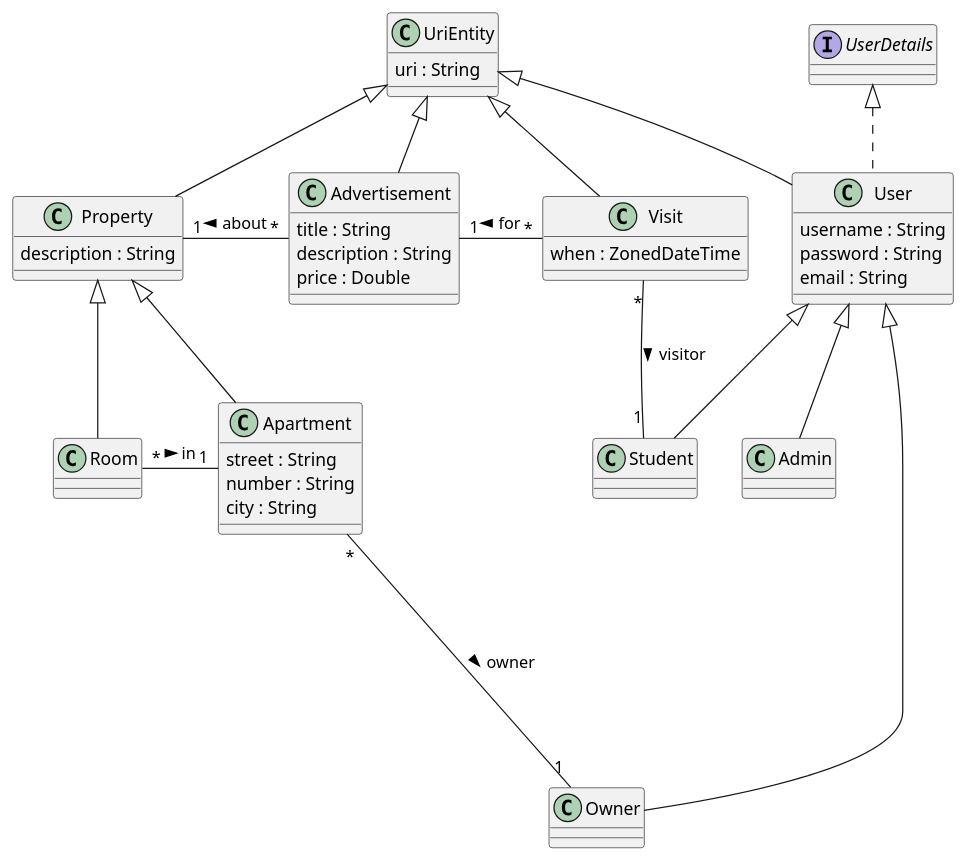
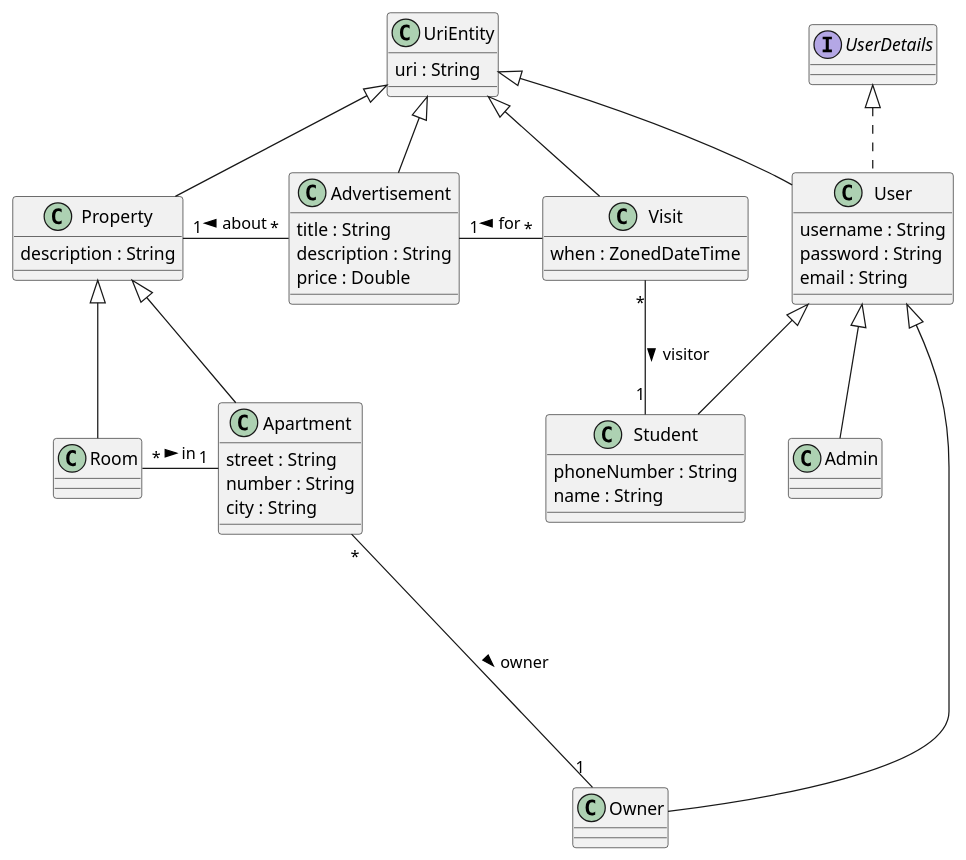
Before and after one commit to UdL-EPS-SoftArch/myapartments-api: the diagram in EntitiesModel.puml, drawn with PlantUML.

Commit message:
Update EntitiesModel.puml students attributes
Update EntitiesModel.puml students attributes

```diff
--- a/EntitiesModel.puml
+++ b/EntitiesModel.puml
@@ -1,45 +1,48 @@
 @startuml
 
 class User extends UriEntity implements UserDetails {
     username : String
     password : String
     email : String
 }
 
 class UriEntity {
     uri : String
 }
 
 class Admin extends User {}
-class Student extends User {}
+class Student extends User {
+    phoneNumber : String
+    name : String
+}
 class Owner extends User {}
 
 class Property extends UriEntity {
     description : String
 }
 
 class Apartment extends Property {
     street : String
     number : String
     city : String
 }
 Owner "1" --up-- "*" Apartment : owner <
 
 class Room extends Property {
 }
 Apartment "1" --left-- "*" Room : in <
 
 class Advertisement extends UriEntity {
     title : String
     description : String
     price : Double
 }
 Property "1" --right-- "*" Advertisement : about <
 
 class Visit extends UriEntity {
     when : ZonedDateTime
 }
 Advertisement "1" --right-- "*" Visit : for <
 Student "1" --left-- "*" Visit : visitor <
 
 @enduml
```
